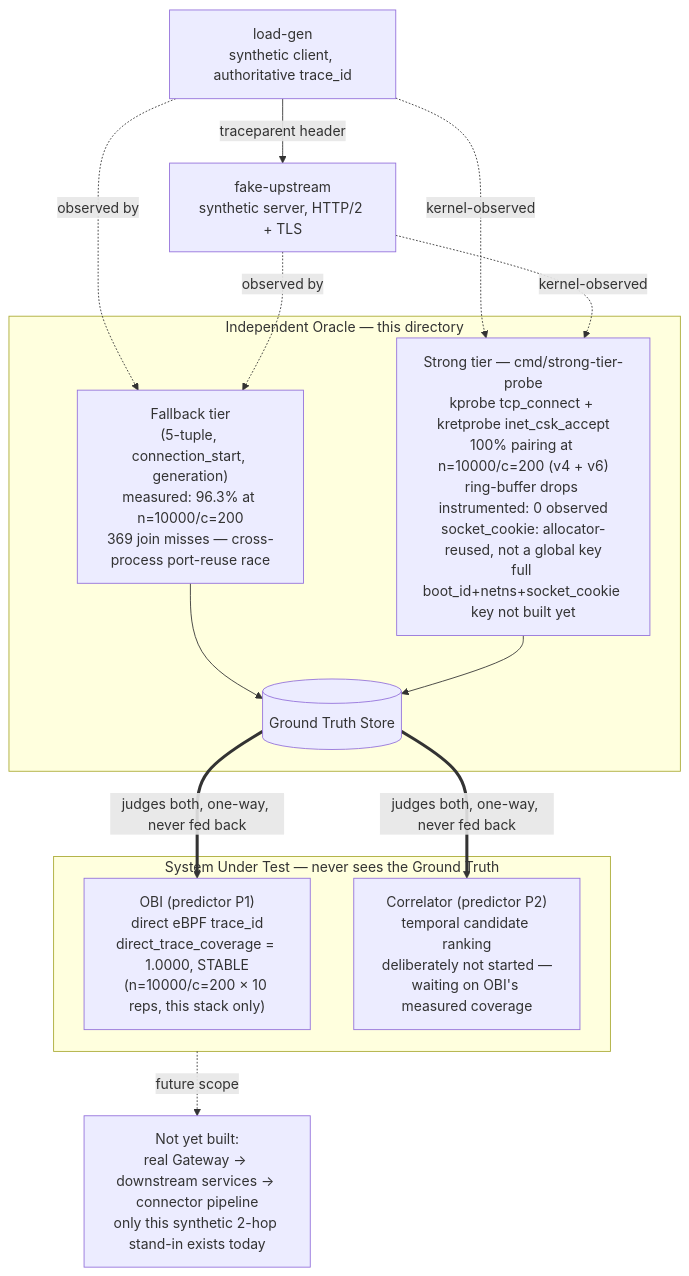
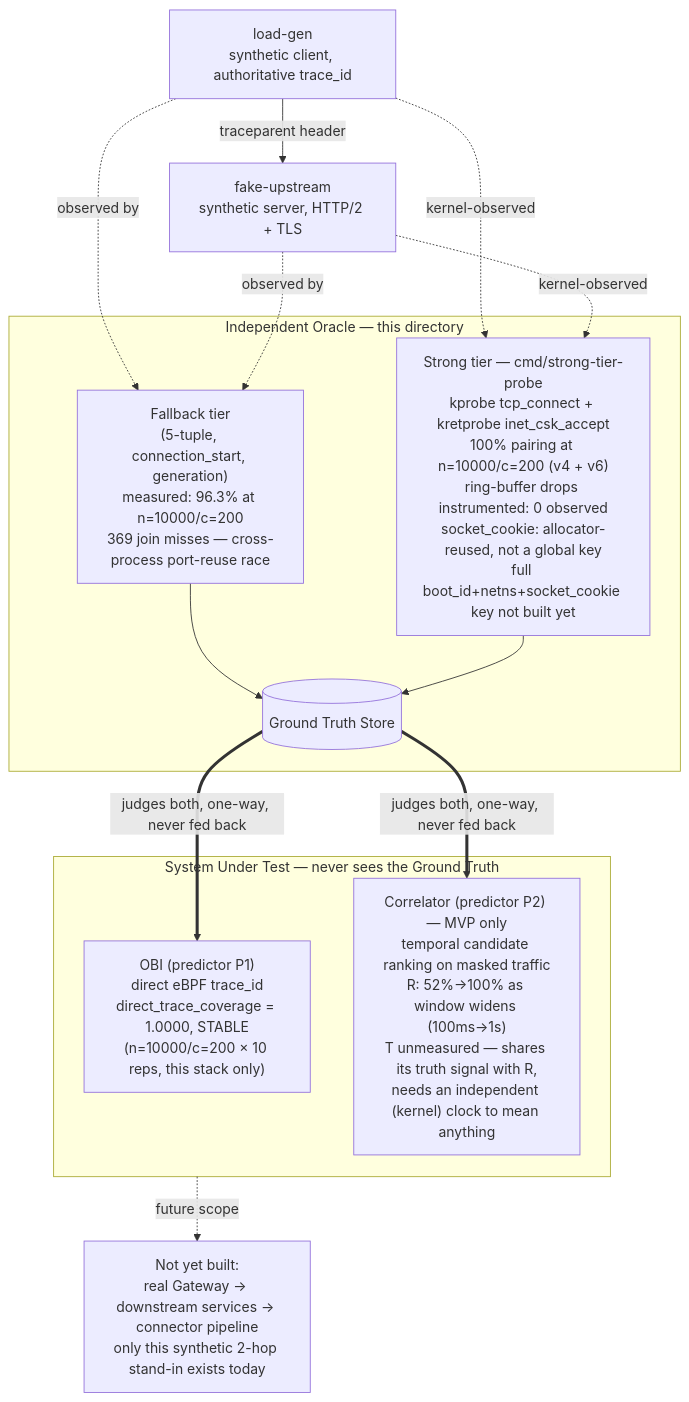
The diagram in m0-harness/README.md (a1h8/reconcileflow), drawn with Mermaid before and after one commit. The commit also changed other lines of this file and 1 other file, not shown here.

First line of the commit message:
Add -mask flag and document the correlator MVP (P2, Masque A2 calibration)

````diff
--- a/m0-harness/README.md
+++ b/m0-harness/README.md
@@ -29,30 +29,30 @@
 ```mermaid
 flowchart TB
     subgraph SUT["System Under Test — never sees the Ground Truth"]
         OBI["OBI (predictor P1)<br/>direct eBPF trace_id<br/>direct_trace_coverage = 1.0000, STABLE<br/>(n=10000/c=200 × 10 reps, this stack only)"]
-        CORR["Correlator (predictor P2)<br/>temporal candidate ranking<br/>deliberately not started —<br/>waiting on OBI's measured coverage"]
+        CORR["Correlator (predictor P2) — MVP only<br/>temporal candidate ranking on masked traffic<br/>R: 52%→100% as window widens (100ms→1s)<br/>T unmeasured — shares its truth signal with R,<br/>needs an independent (kernel) clock to mean anything"]
     end
 
     LG["load-gen<br/>synthetic client, authoritative trace_id"]
     FU["fake-upstream<br/>synthetic server, HTTP/2 + TLS"]
     LG -->|traceparent header| FU
 
     subgraph ORACLE["Independent Oracle — this directory"]
         FB["Fallback tier<br/>(5-tuple, connection_start, generation)<br/>measured: 96.3% at n=10000/c=200<br/>369 join misses — cross-process port-reuse race"]
         ST["Strong tier — cmd/strong-tier-probe<br/>kprobe tcp_connect + kretprobe inet_csk_accept<br/>100% pairing at n=10000/c=200 (v4 + v6)<br/>ring-buffer drops instrumented: 0 observed<br/>socket_cookie: allocator-reused, not a global key<br/>full boot_id+netns+socket_cookie key not built yet"]
         GT[("Ground Truth Store")]
         FB --> GT
         ST --> GT
     end
 
     LG -. observed by .-> FB
     FU -. observed by .-> FB
     LG -. kernel-observed .-> ST
     FU -. kernel-observed .-> ST
 
     GT ==judges both, one-way, never fed back==> OBI
     GT ==judges both, one-way, never fed back==> CORR
 
     NEXT["Not yet built:<br/>real Gateway → downstream services → connector pipeline<br/>only this synthetic 2-hop stand-in exists today"]
     SUT -. future scope .-> NEXT
 ```
````
